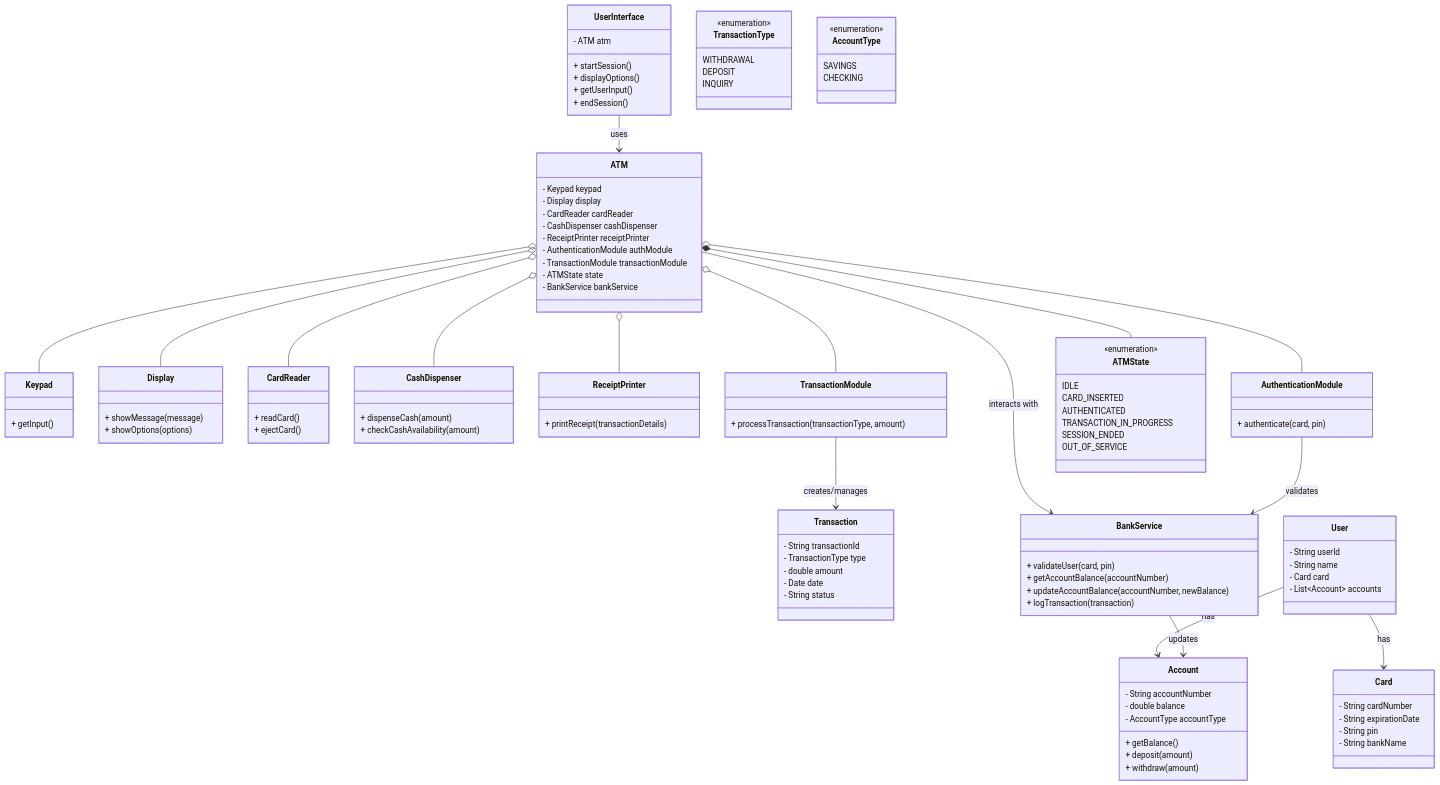
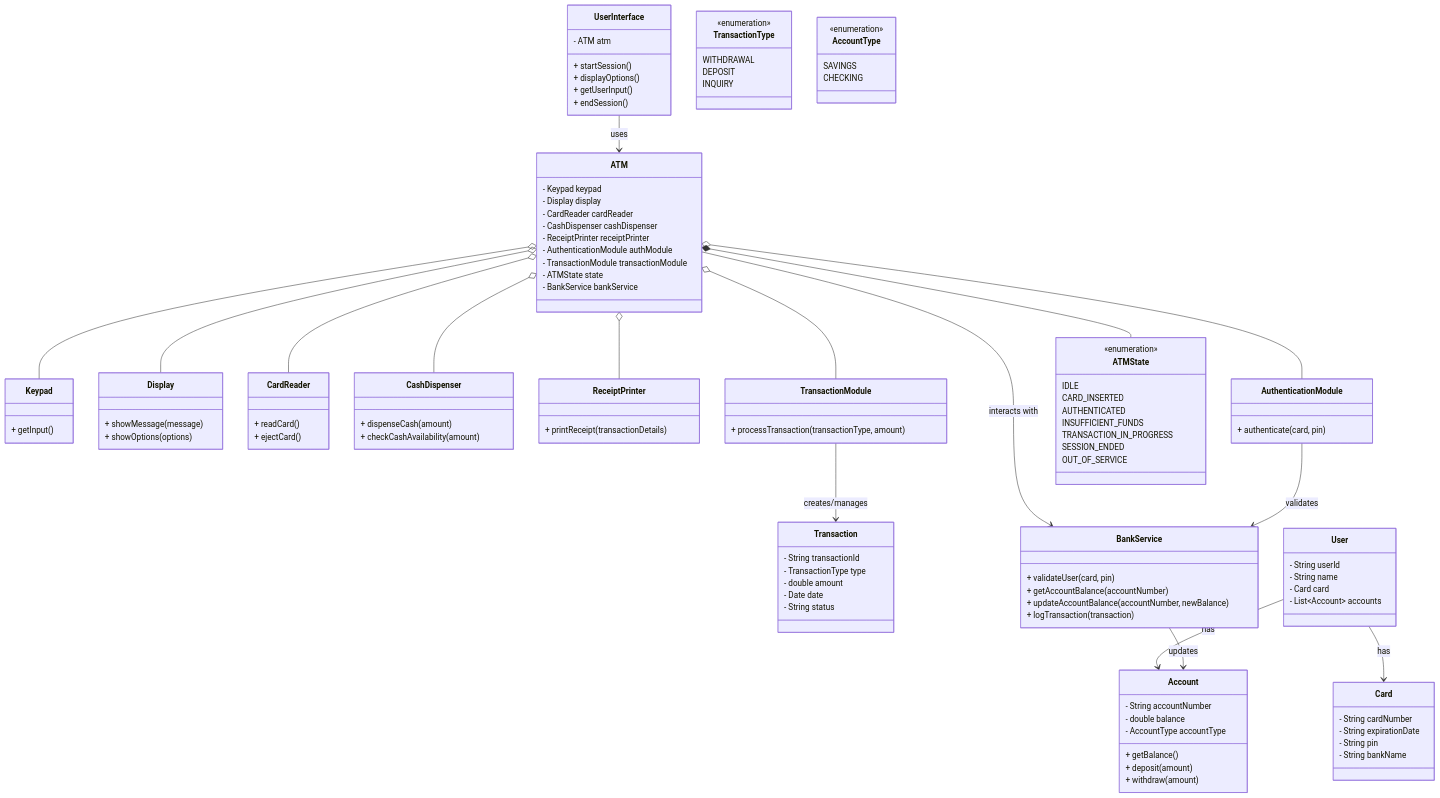
The diagram in code/src/atmSystem/atmSystem.md (divyadhimaan/lld-playground), drawn with Mermaid before and after one commit. The commit also changed other lines of this file and 7 other files, not shown here.

```diff
--- a/code/src/atmSystem/atmSystem.md
+++ b/code/src/atmSystem/atmSystem.md
@@ -241,6 +241,7 @@
         IDLE
         CARD_INSERTED
         AUTHENTICATED
+        INSUFFICIENT_FUNDS
         TRANSACTION_IN_PROGRESS
         SESSION_ENDED
         OUT_OF_SERVICE
```
